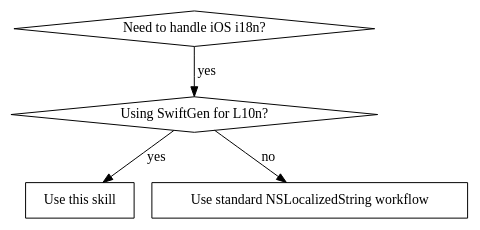
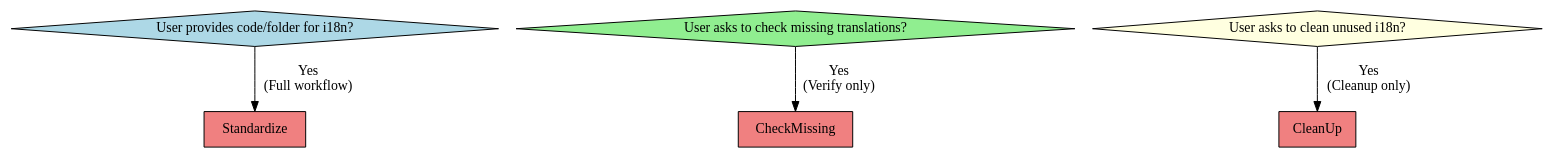
The diagram in skills/ios-i18n-workflow/SKILL.md (HeathWang/hw-cc-plugin), drawn with Graphviz before and after one commit. The commit also changed other lines of this file and 1 other file, not shown here.

First line of the commit message:
refactor(ios-i18n): 优化 skill 文档结构和命名规范 (2个文件)

````diff
--- a/skills/ios-i18n-workflow/SKILL.md
+++ b/skills/ios-i18n-workflow/SKILL.md
@@ -12,12 +12,15 @@
 ```dot
 digraph when_to_use {
-    "Need to handle iOS i18n?" [shape=diamond];
-    "Using SwiftGen for L10n?" [shape=diamond];
-    "Use this skill" [shape=box];
-    "Use standard NSLocalizedString workflow" [shape=box];
+    rankdir=TB;
+    "User provides code/folder for i18n?" [shape=diamond, style=filled, fillcolor=lightblue];
+    "User asks to check missing translations?" [shape=diamond, style=filled, fillcolor=lightgreen];
+    "User asks to clean unused i18n?" [shape=diamond, style=filled, fillcolor=lightyellow];
+    "Standardize" [shape=box, style=filled, fillcolor=lightcoral];
+    "CheckMissing" [shape=box, style=filled, fillcolor=lightcoral];
+    "CleanUp" [shape=box, style=filled, fillcolor=lightcoral];
 
-    "Need to handle iOS i18n?" -> "Using SwiftGen for L10n?" [label="yes"];
-    "Using SwiftGen for L10n?" -> "Use this skill" [label="yes"];
-    "Using SwiftGen for L10n?" -> "Use standard NSLocalizedString workflow" [label="no"];
+    "User provides code/folder for i18n?" -> "Standardize" [label="Yes\n(Full workflow)"];
+    "User asks to check missing translations?" -> "CheckMissing" [label="Yes\n(Verify only)"];
+    "User asks to clean unused i18n?" -> "CleanUp" [label="Yes\n(Cleanup only)"];
 }
 ```
````
